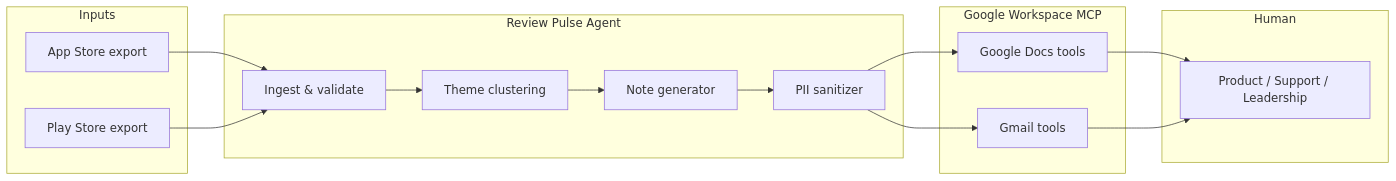
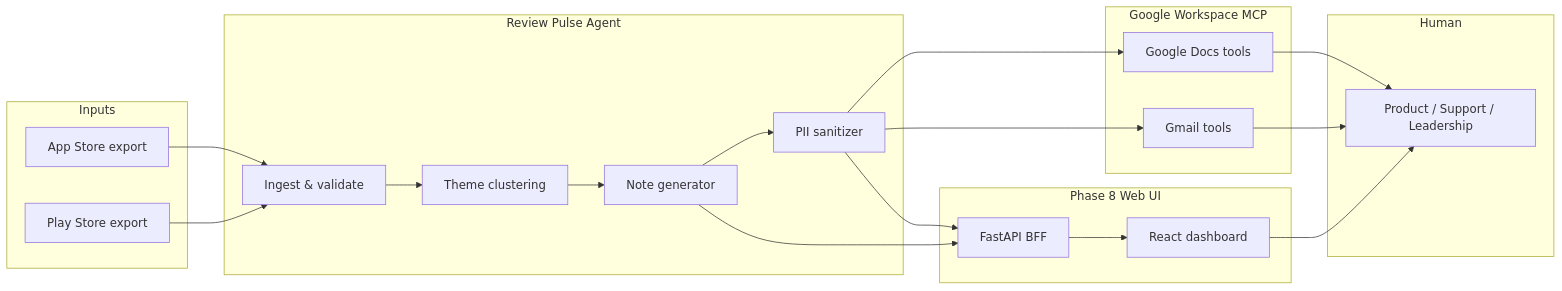
One commit to dheerajmw/growwReviewsAgent changed the diagram in doc/architecture.md. Above: the diagram before and after it, drawn with Mermaid. The commit also changed other lines of this file and 73 other files, not shown here.

First line of the commit message:
Add Phase 8 web dashboard with Stitch-aligned UI.

````diff
--- a/doc/architecture.md
+++ b/doc/architecture.md
@@ -24,32 +25,42 @@
 ```mermaid
 flowchart LR
   subgraph inputs [Inputs]
     AS[App Store export]
     PS[Play Store export]
   end
 
   subgraph agent [Review Pulse Agent]
     IN[Ingest & validate]
     CL[Theme clustering]
     GN[Note generator]
     PII[PII sanitizer]
   end
 
   subgraph mcp [Google Workspace MCP]
     DOC[Google Docs tools]
     MAIL[Gmail tools]
   end
 
   AS --> IN
   PS --> IN
   IN --> CL --> GN --> PII
   PII --> DOC
   PII --> MAIL
 
   subgraph human [Human]
     U[Product / Support / Leadership]
   end
 
   DOC --> U
   MAIL --> U
+
+  subgraph ui [Phase 8 Web UI]
+    WEB[React dashboard]
+    BFF[FastAPI BFF]
+  end
+
+  GN --> BFF
+  PII --> BFF
+  BFF --> WEB
+  WEB --> U
 ```
````
